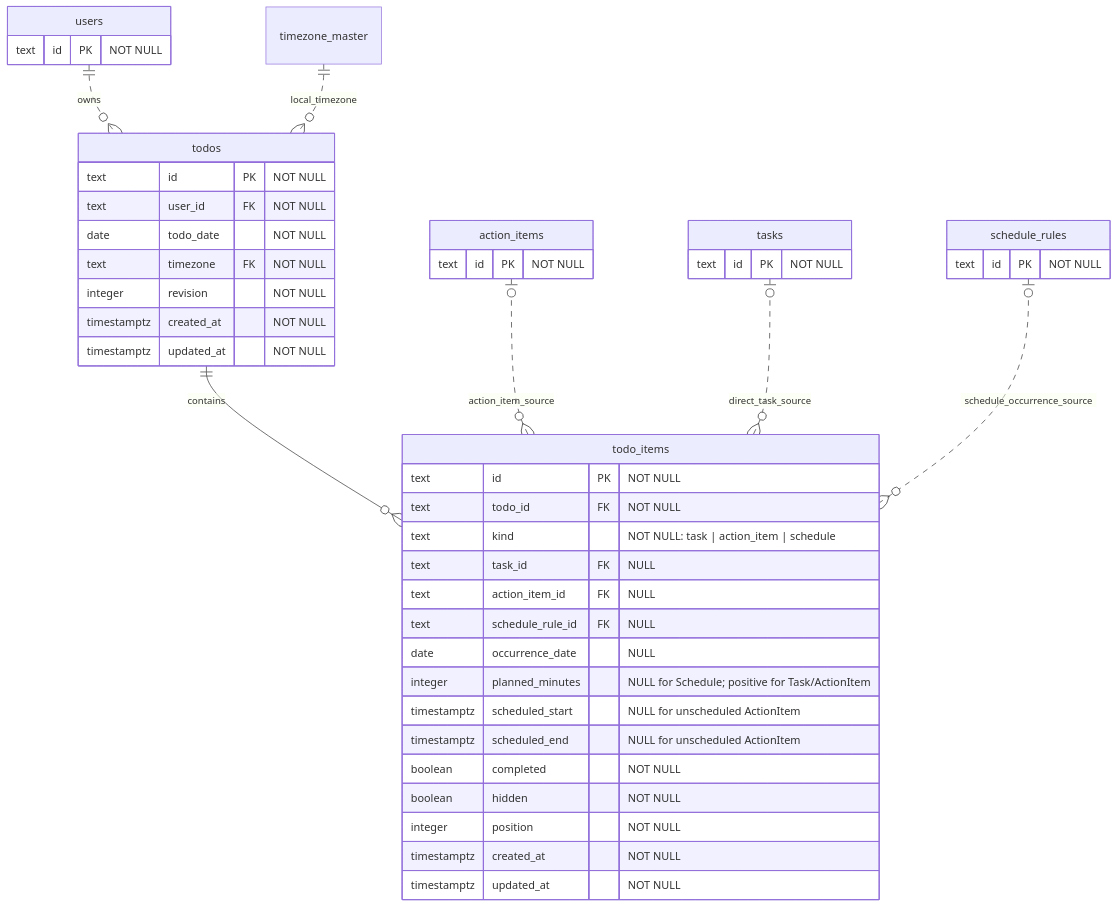
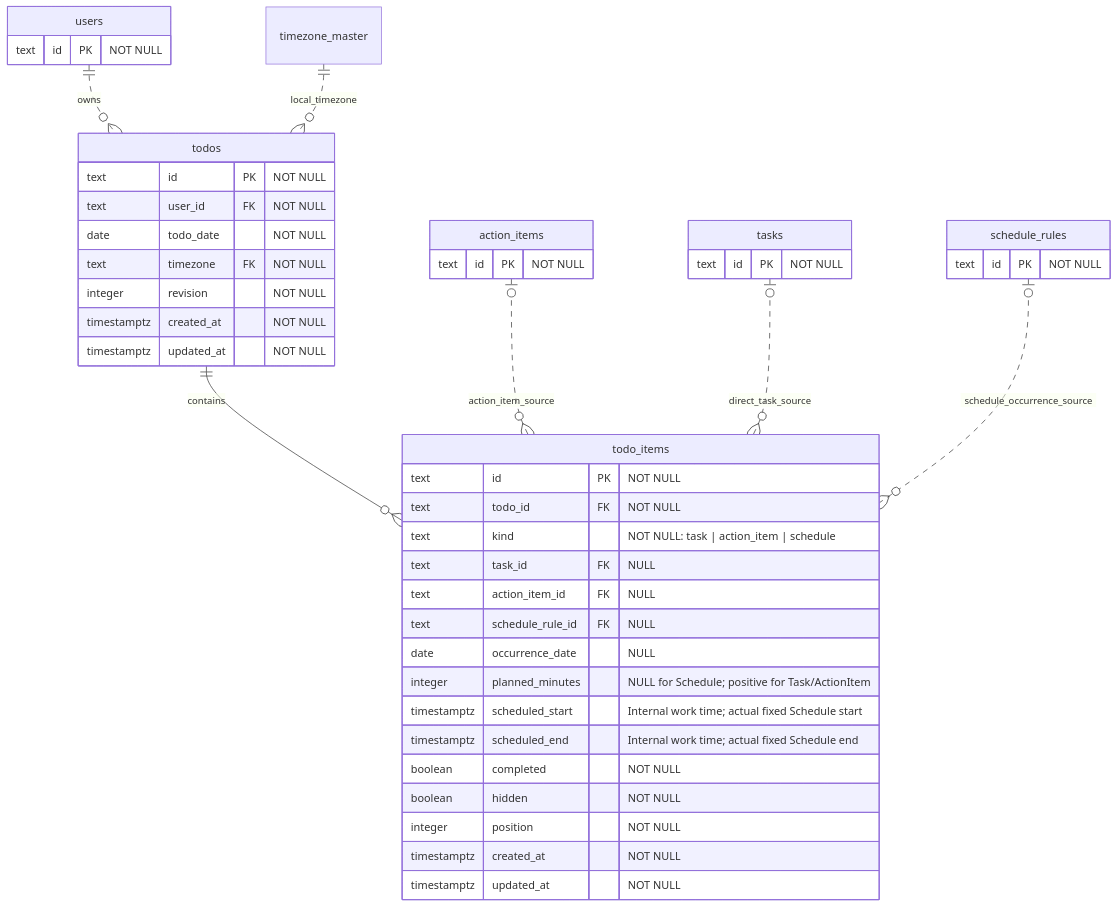
The diagram in docs/er/todo.mmd (Najah7/task2todaytodo), drawn with Mermaid before and after one commit. The commit also changed 2 other files, not shown here.

Commit message:
📝 update: ER diagram

```diff
--- a/docs/er/todo.mmd
+++ b/docs/er/todo.mmd
@@ -1,55 +1,56 @@
 erDiagram
     %% Tables created by 000005_todo.up.sql.
     %% External references: users (auth.mmd), tasks/action_items (task.mmd), schedule_rules (schedule.mmd).
     %% Schedule items identify virtual or persisted occurrences by (schedule_rule_id, occurrence_date).
+    %% Eligible ActionItems and direct childless Tasks appear at most once per Todo; partial unique indexes idx_todo_items_action_item_once_per_todo and idx_todo_items_task_once_per_todo enforce per-source uniqueness. Work is stored whole; scheduled_start/scheduled_end are internal planning timestamps and position is the persisted display order.
 
     users {
         text id PK "NOT NULL"
     }
 
     action_items {
         text id PK "NOT NULL"
     }
 
     tasks {
         text id PK "NOT NULL"
     }
 
     schedule_rules {
         text id PK "NOT NULL"
     }
 
     todos {
         text id PK "NOT NULL"
         text user_id FK "NOT NULL"
         date todo_date "NOT NULL"
         text timezone FK "NOT NULL"
         integer revision "NOT NULL"
         timestamptz created_at "NOT NULL"
         timestamptz updated_at "NOT NULL"
     }
 
     todo_items {
         text id PK "NOT NULL"
         text todo_id FK "NOT NULL"
         text kind "NOT NULL: task | action_item | schedule"
         text task_id FK "NULL"
         text action_item_id FK "NULL"
         text schedule_rule_id FK "NULL"
         date occurrence_date "NULL"
         integer planned_minutes "NULL for Schedule; positive for Task/ActionItem"
-        timestamptz scheduled_start "NULL for unscheduled ActionItem"
-        timestamptz scheduled_end "NULL for unscheduled ActionItem"
+        timestamptz scheduled_start "Internal work time; actual fixed Schedule start"
+        timestamptz scheduled_end "Internal work time; actual fixed Schedule end"
         boolean completed "NOT NULL"
         boolean hidden "NOT NULL"
         integer position "NOT NULL"
         timestamptz created_at "NOT NULL"
         timestamptz updated_at "NOT NULL"
     }
 
     users ||..o{ todos : owns
     timezone_master ||..o{ todos : local_timezone
     todos ||--o{ todo_items : contains
     action_items |o..o{ todo_items : action_item_source
     tasks |o..o{ todo_items : direct_task_source
     schedule_rules |o..o{ todo_items : schedule_occurrence_source
```
